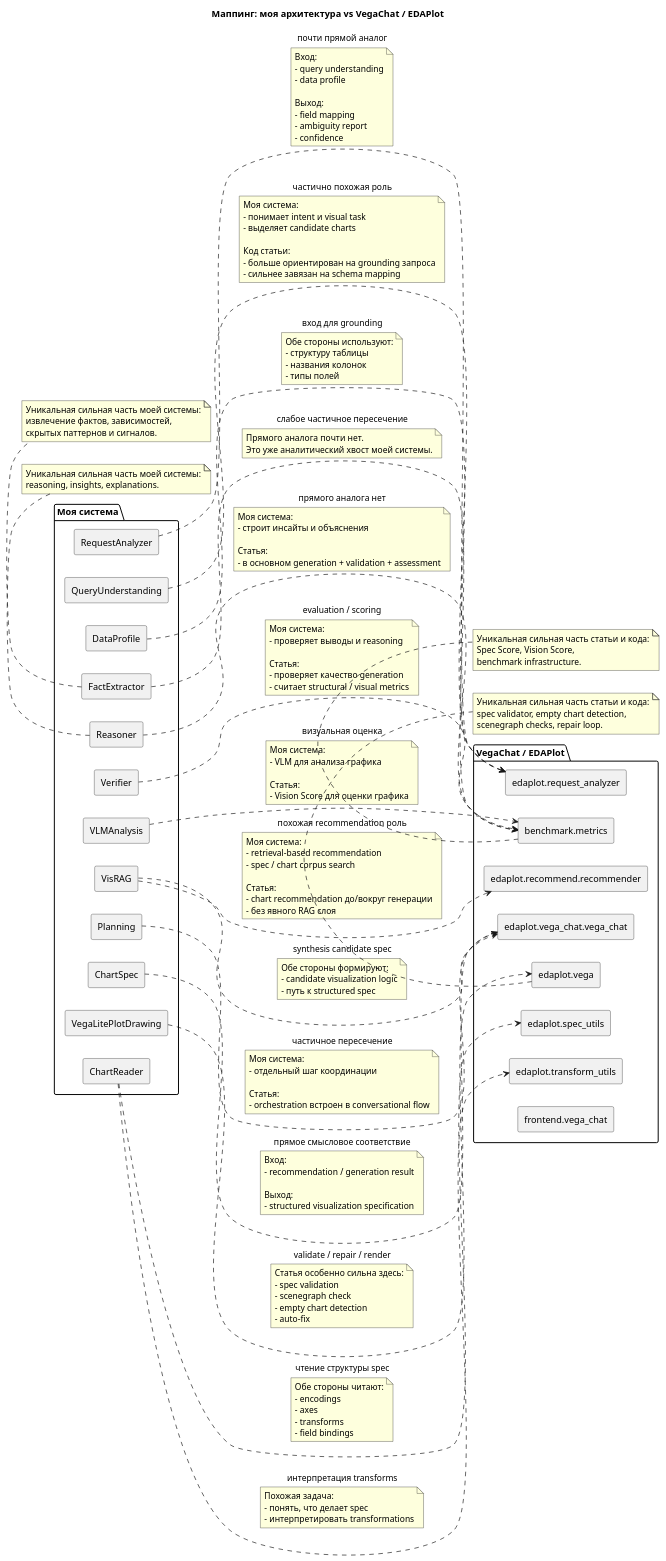
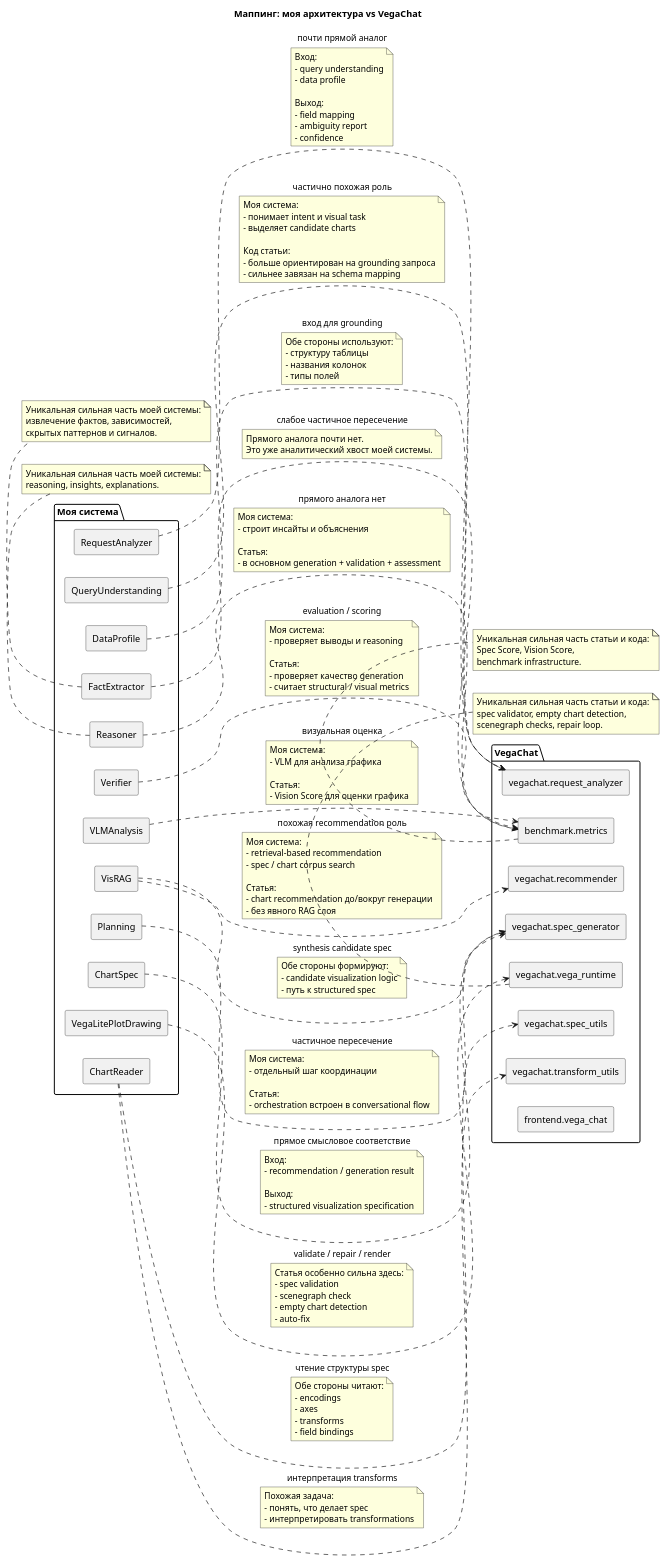
Before and after one commit to shnikita-cr/ViRAGE: the diagram in architecture/comments/mapping.puml, drawn with PlantUML. The commit also changed 35 other files, not shown here.

```diff
--- a/architecture/comments/mapping.puml
+++ b/architecture/comments/mapping.puml
@@ -1,182 +1,182 @@
 @startuml
-title Маппинг: моя архитектура vs VegaChat / EDAPlot
+title Маппинг: моя архитектура vs VegaChat
 
 left to right direction
 skinparam componentStyle rectangle
 
 package "Моя система" {
   [QueryUnderstanding]
   [DataProfile]
   [RequestAnalyzer]
   [VisRAG]
   [Planning]
   [ChartSpec]
   [VegaLitePlotDrawing]
   [ChartReader]
   [FactExtractor]
   [Reasoner]
   [Verifier]
   [VLMAnalysis]
 }
 
-package "VegaChat / EDAPlot" {
-  [edaplot.request_analyzer]
-  [edaplot.recommend.recommender]
-  [edaplot.vega_chat.vega_chat]
-  [edaplot.vega]
-  [edaplot.spec_utils]
-  [edaplot.transform_utils]
+package "VegaChat" {
+  [vegachat.request_analyzer]
+  [vegachat.recommender]
+  [vegachat.spec_generator]
+  [vegachat.vega_runtime]
+  [vegachat.spec_utils]
+  [vegachat.transform_utils]
   [benchmark.metrics]
   [frontend.vega_chat]
 }
 
-[QueryUnderstanding] ..> [edaplot.request_analyzer] : частично похожая роль
+[QueryUnderstanding] ..> [vegachat.request_analyzer] : частично похожая роль
 note on link
 Моя система:
 - понимает intent и visual task
 - выделяет candidate charts
 
 Код статьи:
 - больше ориентирован на grounding запроса
 - сильнее завязан на schema mapping
 end note
 
-[DataProfile] ..> [edaplot.request_analyzer] : вход для grounding
+[DataProfile] ..> [vegachat.request_analyzer] : вход для grounding
 note on link
 Обе стороны используют:
 - структуру таблицы
 - названия колонок
 - типы полей
 end note
 
-[RequestAnalyzer] ..> [edaplot.request_analyzer] : почти прямой аналог
+[RequestAnalyzer] ..> [vegachat.request_analyzer] : почти прямой аналог
 note on link
 Вход:
 - query understanding
 - data profile
 
 Выход:
 - field mapping
 - ambiguity report
 - confidence
 end note
 
-[VisRAG] ..> [edaplot.recommend.recommender] : похожая recommendation роль
+[VisRAG] ..> [vegachat.recommender] : похожая recommendation роль
 note on link
 Моя система:
 - retrieval-based recommendation
 - spec / chart corpus search
 
 Статья:
 - chart recommendation до/вокруг генерации
 - без явного RAG слоя
 end note
 
-[VisRAG] ..> [edaplot.vega_chat.vega_chat] : synthesis candidate spec
+[VisRAG] ..> [vegachat.spec_generator] : synthesis candidate spec
 note on link
 Обе стороны формируют:
 - candidate visualization logic
 - путь к structured spec
 end note
 
-[Planning] ..> [edaplot.vega_chat.vega_chat] : частичное пересечение
+[Planning] ..> [vegachat.spec_generator] : частичное пересечение
 note on link
 Моя система:
 - отдельный шаг координации
 
 Статья:
 - orchestration встроен в conversational flow
 end note
 
-[ChartSpec] ..> [edaplot.vega_chat.vega_chat] : прямое смысловое соответствие
+[ChartSpec] ..> [vegachat.spec_generator] : прямое смысловое соответствие
 note on link
 Вход:
 - recommendation / generation result
 
 Выход:
 - structured visualization specification
 end note
 
-[VegaLitePlotDrawing] ..> [edaplot.vega] : validate / repair / render
+[VegaLitePlotDrawing] ..> [vegachat.vega_runtime] : validate / repair / render
 note on link
 Статья особенно сильна здесь:
 - spec validation
 - scenegraph check
 - empty chart detection
 - auto-fix
 end note
 
-[ChartReader] ..> [edaplot.spec_utils] : чтение структуры spec
+[ChartReader] ..> [vegachat.spec_utils] : чтение структуры spec
 note on link
 Обе стороны читают:
 - encodings
 - axes
 - transforms
 - field bindings
 end note
 
-[ChartReader] ..> [edaplot.transform_utils] : интерпретация transforms
+[ChartReader] ..> [vegachat.transform_utils] : интерпретация transforms
 note on link
 Похожая задача:
 - понять, что делает spec
 - интерпретировать transformations
 end note
 
 [Verifier] ..> [benchmark.metrics] : evaluation / scoring
 note on link
 Моя система:
 - проверяет выводы и reasoning
 
 Статья:
 - проверяет качество generation
 - считает structural / visual metrics
 end note
 
 [VLMAnalysis] ..> [benchmark.metrics] : визуальная оценка
 note on link
 Моя система:
 - VLM для анализа графика
 
 Статья:
 - Vision Score для оценки графика
 end note
 
 [FactExtractor] ..> [benchmark.metrics] : слабое частичное пересечение
 note on link
 Прямого аналога почти нет.
 Это уже аналитический хвост моей системы.
 end note
 
 [Reasoner] ..> [benchmark.metrics] : прямого аналога нет
 note on link
 Моя система:
 - строит инсайты и объяснения
 
 Статья:
 - в основном generation + validation + assessment
 end note
 
 note bottom of [FactExtractor]
 Уникальная сильная часть моей системы:
 извлечение фактов, зависимостей,
 скрытых паттернов и сигналов.
 end note
 
 note bottom of [Reasoner]
 Уникальная сильная часть моей системы:
 reasoning, insights, explanations.
 end note
 
-note bottom of [edaplot.vega]
+note bottom of [vegachat.vega_runtime]
 Уникальная сильная часть статьи и кода:
 spec validator, empty chart detection,
 scenegraph checks, repair loop.
 end note
 
 note bottom of [benchmark.metrics]
 Уникальная сильная часть статьи и кода:
 Spec Score, Vision Score,
 benchmark infrastructure.
 end note
 
 @enduml
```
